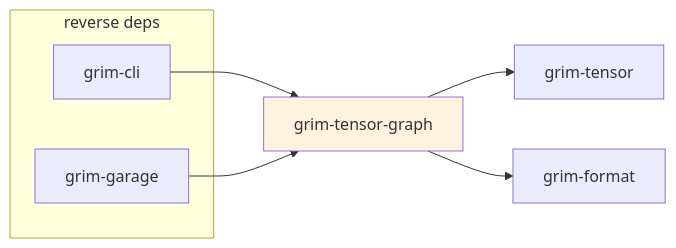
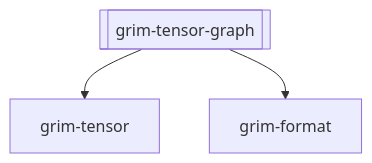
One commit to sydonayrex/grim changed the diagram in crates/grim-tensor-graph/README.md. Above: the diagram before and after it, drawn with Mermaid. The commit also changed other lines of this file and 53 other files, not shown here.

````diff
--- a/crates/grim-tensor-graph/README.md
+++ b/crates/grim-tensor-graph/README.md
@@ -17,15 +8,10 @@
 ```mermaid
-graph LR
-    A[grim-tensor-graph] --> B[grim-tensor]
-    A --> C[grim-format]
-
-    subgraph "reverse deps"
-        D1[grim-cli]
-        D2[grim-garage]
-    end
-
-    D1 --> A
-    D2 --> A
-
-    style A fill:#fff3e0
+graph TD
+    grim-tensor-graph[["grim-tensor-graph"]]
+    
+    grim-tensor["grim-tensor"]
+    grim-format["grim-format"]
+    
+    grim-tensor-graph --> grim-tensor
+    grim-tensor-graph --> grim-format
 ```
````
